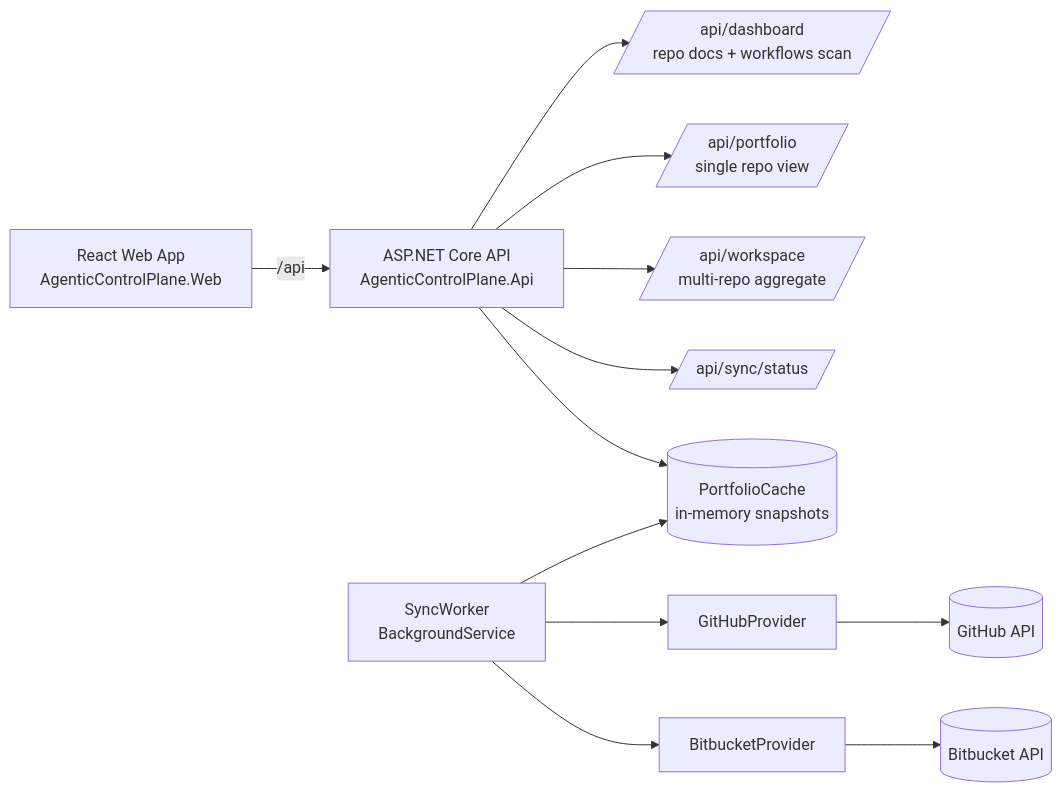
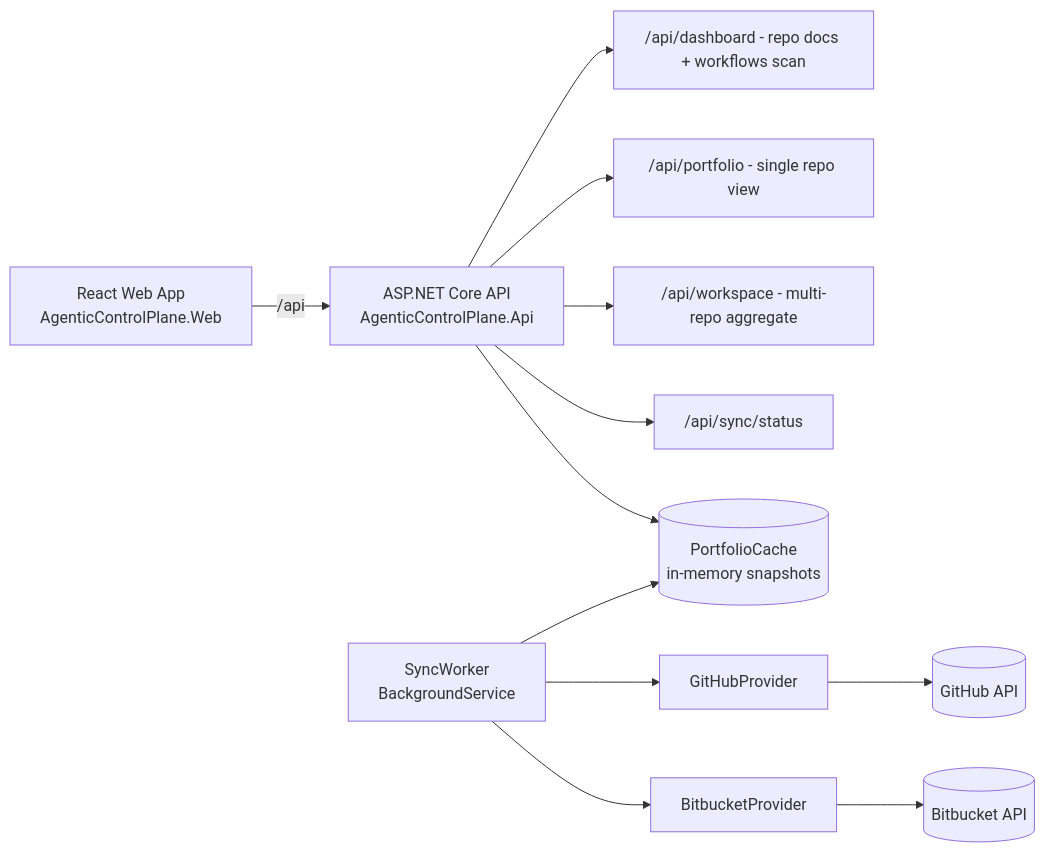
Before and after one commit to D4rkdev1987/AgenticPOC: the first of 2 diagrams in README.md, drawn with Mermaid. The commit also changed other lines of this file, not shown here.

Commit message:
Both diagrams are fixed. The [/text/] syntax is Mermaid's parallelogram shorthand — wrapping the labels

````diff
--- a/README.md
+++ b/README.md
@@ -36,15 +36,15 @@
 ```mermaid
 flowchart LR
     UI[React Web App\nAgenticControlPlane.Web] -->|/api| API[ASP.NET Core API\nAgenticControlPlane.Api]
-    API --> DASH[/api/dashboard\nrepo docs + workflows scan/]
-    API --> PORT[/api/portfolio\nsingle repo view/]
-    API --> WORK[/api/workspace\nmulti-repo aggregate/]
-    API --> SYNCSTAT[/api/sync/status/]
+    API --> DASH["/api/dashboard - repo docs + workflows scan"]
+    API --> PORT["/api/portfolio - single repo view"]
+    API --> WORK["/api/workspace - multi-repo aggregate"]
+    API --> SYNCSTAT["/api/sync/status"]
 
     API --> CACHE[(PortfolioCache\nin-memory snapshots)]
     WORKER[SyncWorker\nBackgroundService] --> CACHE
     WORKER --> GH[GitHubProvider]
     WORKER --> BB[BitbucketProvider]
     GH --> GHA[(GitHub API)]
     BB --> BBA[(Bitbucket API)]
 ```
````
